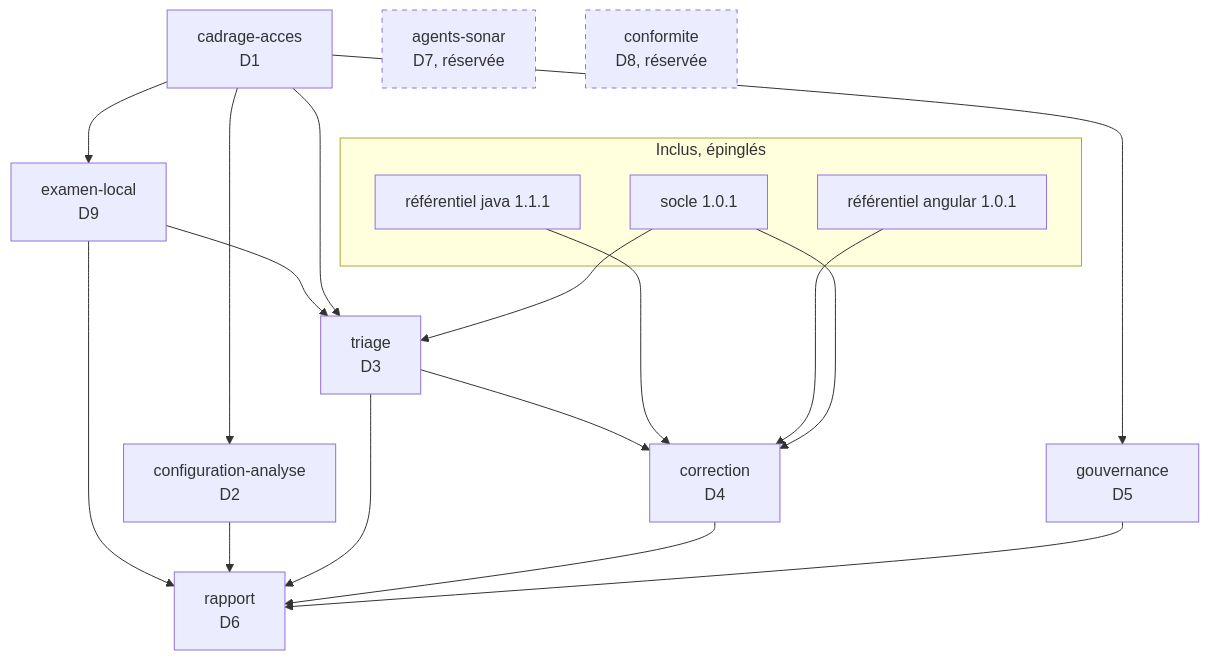
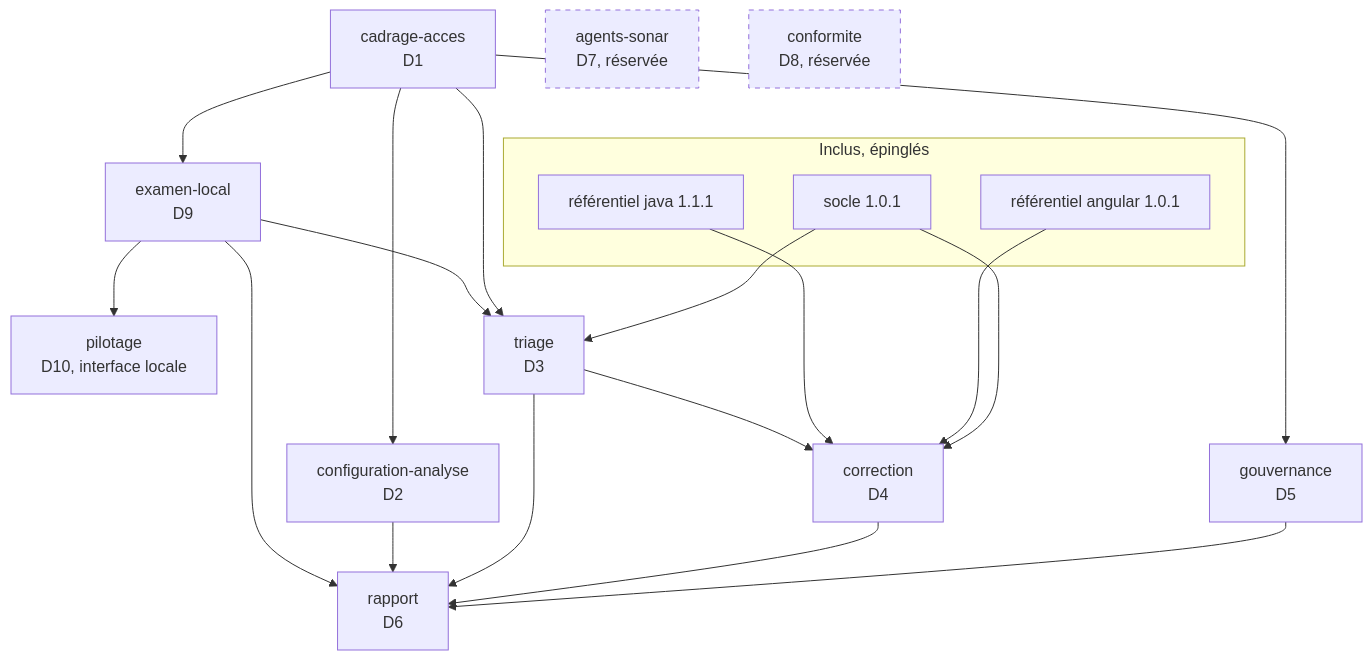
One commit to FredGarcia/Agent2Prompt changed the second of 2 diagrams in specs/sonarqube/SKILL.md. Above: the diagram before and after it, drawn with Mermaid. The commit also changed other lines of this file and 10 other files, not shown here.

First line of the commit message:
spec(sonarqube): version 1.1.0, modes de connexion et interface de pilotage

````diff
--- a/specs/sonarqube/SKILL.md
+++ b/specs/sonarqube/SKILL.md
@@ -89,26 +89,27 @@
 ```mermaid
 flowchart TD
   subgraph INCLUS["Inclus, épinglés"]
     SO["socle 1.0.1"]
     RJ["référentiel java 1.1.1"]
     RA["référentiel angular 1.0.1"]
   end
   CA["cadrage-acces<br/>D1"] --> CO["configuration-analyse<br/>D2"]
   CA --> EL["examen-local<br/>D9"]
+  EL --> PI["pilotage<br/>D10, interface locale"]
   EL --> TR
   EL --> RP
   CA --> TR["triage<br/>D3"]
   TR --> CR["correction<br/>D4"]
   CA --> GO["gouvernance<br/>D5"]
   CO --> RP["rapport<br/>D6"]
   TR --> RP
   CR --> RP
   GO --> RP
   RJ --> CR
   RA --> CR
   SO --> TR
   SO --> CR
   AG["agents-sonar<br/>D7, réservée"]:::res
   CF["conformite<br/>D8, réservée"]:::res
   classDef res stroke-dasharray: 5 5
 ```
````
